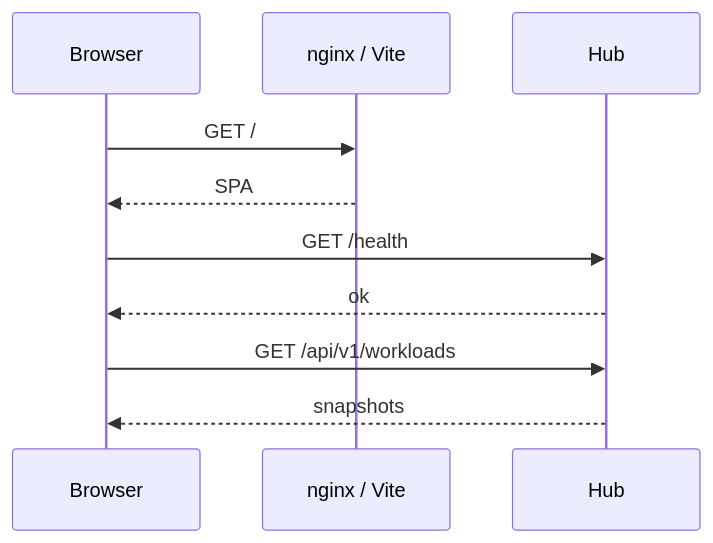
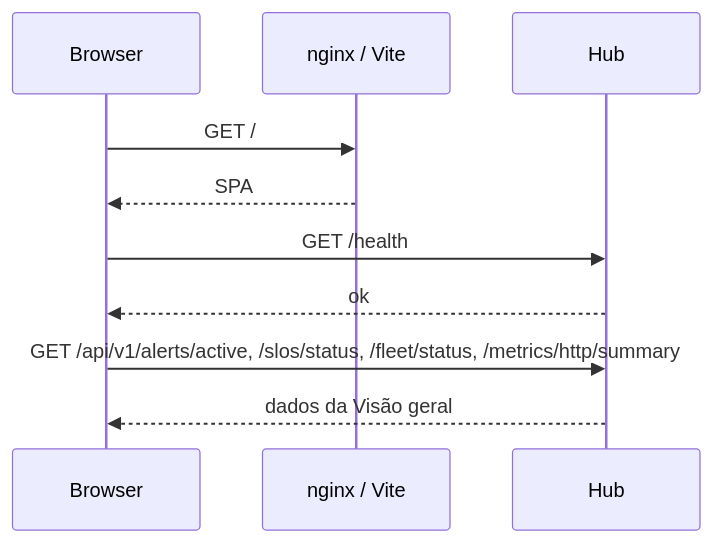
One commit to HarryRaddatz/argus-observability changed the second of 2 diagrams in docs/flows/ui-panel.md. Above: the diagram before and after it, drawn with Mermaid. The commit also changed other lines of this file and 47 other files, not shown here.

````diff
--- a/docs/flows/ui-panel.md
+++ b/docs/flows/ui-panel.md
@@ -46,13 +75,13 @@
 ```mermaid
 sequenceDiagram
   participant Browser
   participant Web as nginx / Vite
   participant Hub
 
   Browser->>Web: GET /
   Web-->>Browser: SPA
   Browser->>Hub: GET /health
   Hub-->>Browser: ok
-  Browser->>Hub: GET /api/v1/workloads
-  Hub-->>Browser: snapshots
+  Browser->>Hub: GET /api/v1/alerts/active, /slos/status, /fleet/status, /metrics/http/summary
+  Hub-->>Browser: dados da Visão geral
 ```
````
